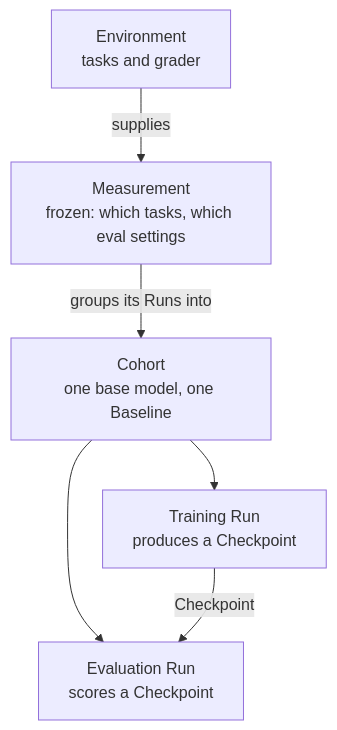
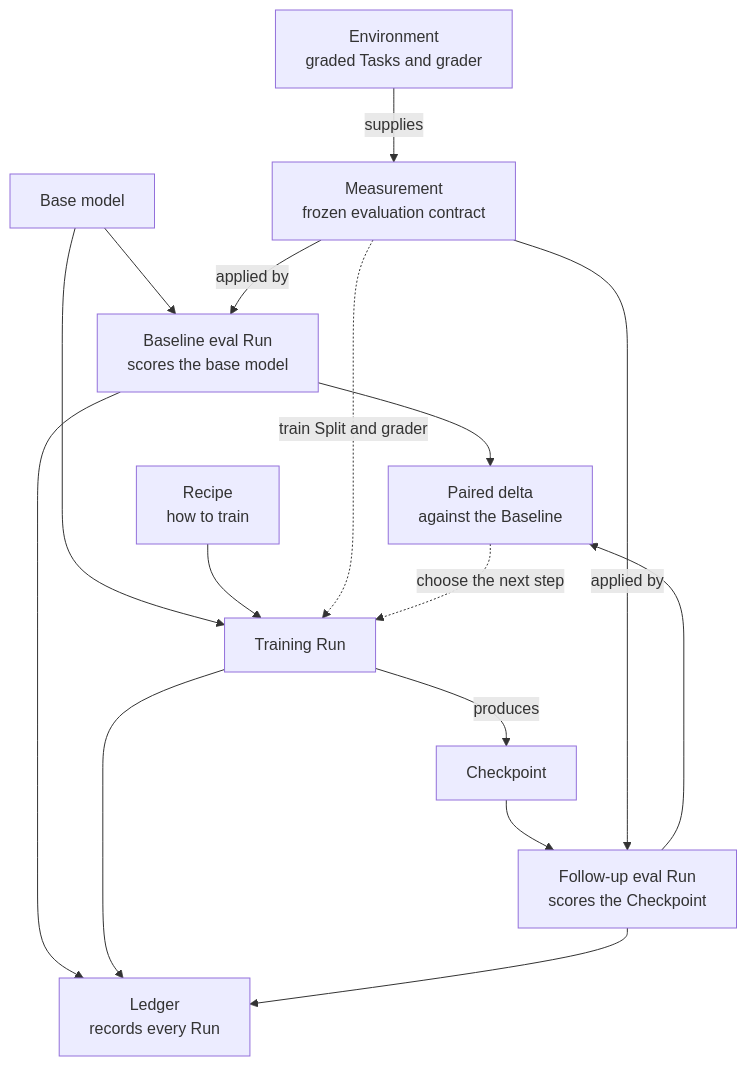
The diagram in index.mdx (Monte-Inc/internal-monte-platform-docs), drawn with Mermaid before and after one commit. The commit also changed other lines of this file and 1 other file, not shown here.

Commit message:
docs: clarify how measurements evaluate checkpoints

````diff
--- a/index.mdx
+++ b/index.mdx
@@ -23,14 +24,29 @@
 ```mermaid actions={false}
 flowchart TD
-    ENV["Environment<br/>tasks and grader"]
-    M["Measurement<br/>frozen: which tasks, which eval settings"]
-    C["Cohort<br/>one base model, one Baseline"]
-    T["Training Run<br/>produces a Checkpoint"]
-    V["Evaluation Run<br/>scores a Checkpoint"]
+    ENV["Environment<br/>graded Tasks and grader"]
+    M["Measurement<br/>frozen evaluation contract"]
+    BASE["Base model"]
+    RECIPE["Recipe<br/>how to train"]
+    B["Baseline eval Run<br/>scores the base model"]
+    T["Training Run"]
+    CP["Checkpoint"]
+    E["Follow-up eval Run<br/>scores the Checkpoint"]
+    D["Paired delta<br/>against the Baseline"]
+    L["Ledger<br/>records every Run"]
 
     ENV -->|"supplies"| M
-    M -->|"groups its Runs into"| C
-    C --> T
-    C --> V
-    T -->|"Checkpoint"| V
+    BASE --> B
+    M -->|"applied by"| B
+    BASE --> T
+    RECIPE --> T
+    M -. "train Split and grader" .-> T
+    T -->|"produces"| CP
+    CP --> E
+    M -->|"applied by"| E
+    B --> D
+    E --> D
+    D -. "choose the next step" .-> T
+    B --> L
+    T --> L
+    E --> L
 ```
````
